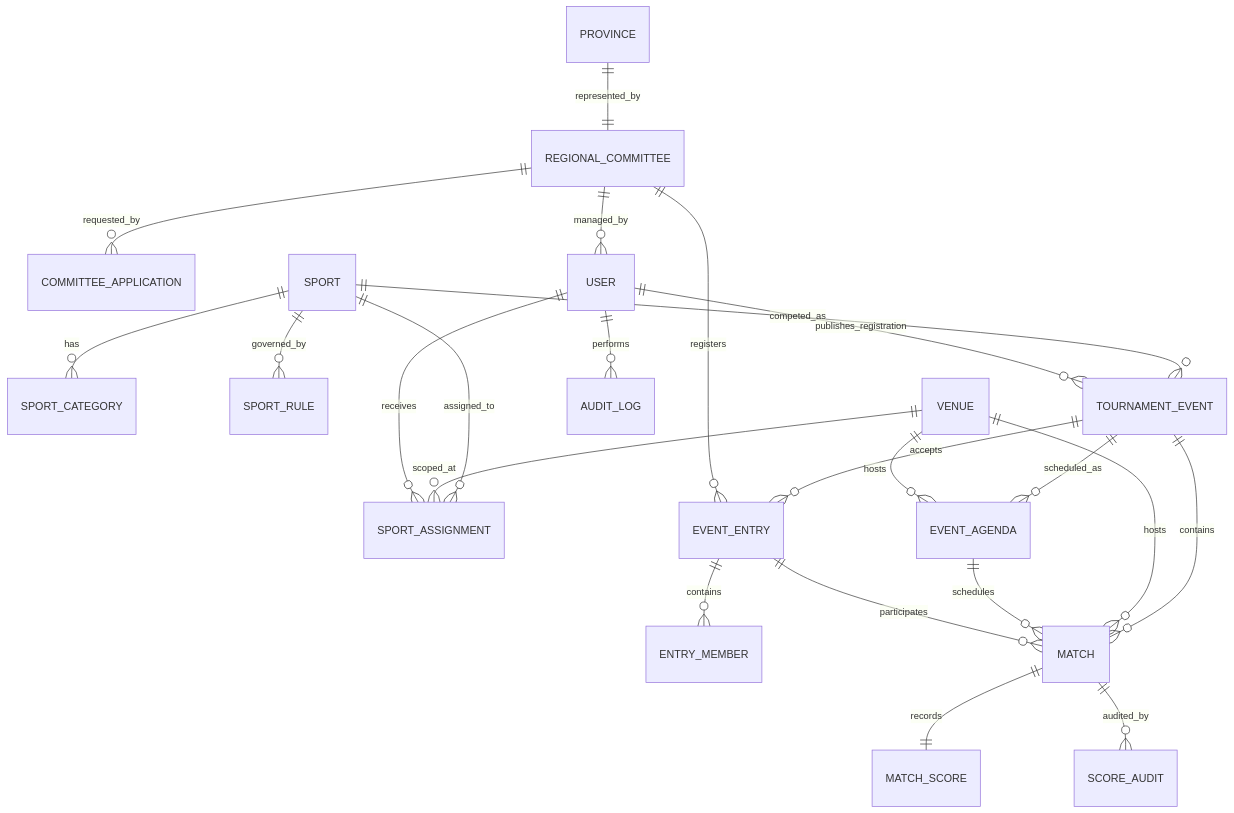
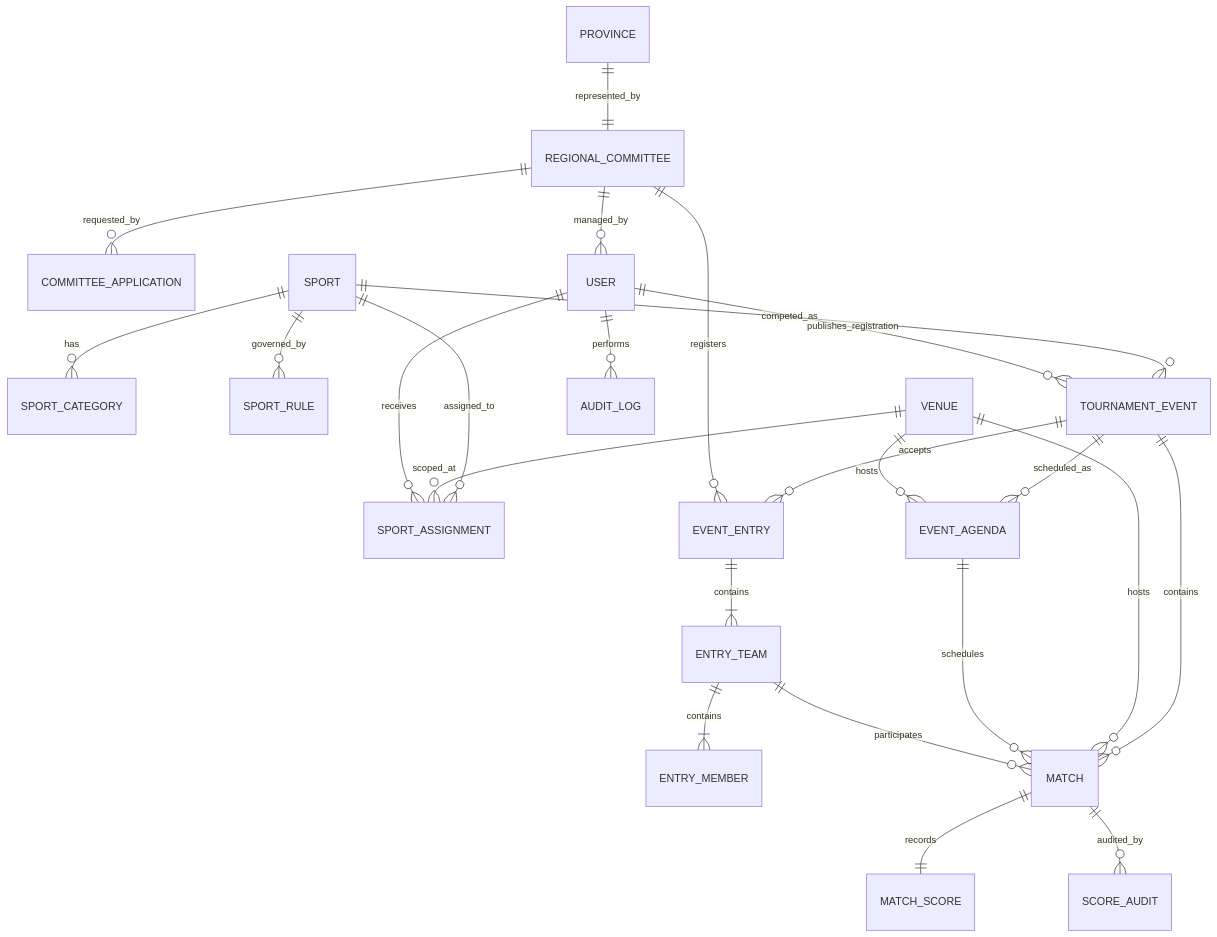
The diagram in docs/02-data/erd.md (henry1224/sport-perpamsi), drawn with Mermaid before and after one commit. The commit also changed other lines of this file and 30 other files, not shown here.

````diff
--- a/docs/02-data/erd.md
+++ b/docs/02-data/erd.md
@@ -3,25 +3,26 @@
 ```mermaid
 erDiagram
     PROVINCE ||--|| REGIONAL_COMMITTEE : represented_by
     REGIONAL_COMMITTEE ||--o{ COMMITTEE_APPLICATION : requested_by
     REGIONAL_COMMITTEE ||--o{ USER : managed_by
     SPORT ||--o{ SPORT_CATEGORY : has
     SPORT ||--o{ SPORT_RULE : governed_by
     SPORT ||--o{ TOURNAMENT_EVENT : competed_as
     USER ||--o{ TOURNAMENT_EVENT : publishes_registration
     SPORT ||--o{ SPORT_ASSIGNMENT : assigned_to
     VENUE ||--o{ SPORT_ASSIGNMENT : scoped_at
     USER ||--o{ SPORT_ASSIGNMENT : receives
     TOURNAMENT_EVENT ||--o{ EVENT_ENTRY : accepts
     REGIONAL_COMMITTEE ||--o{ EVENT_ENTRY : registers
-    EVENT_ENTRY ||--o{ ENTRY_MEMBER : contains
+    EVENT_ENTRY ||--|{ ENTRY_TEAM : contains
+    ENTRY_TEAM ||--|{ ENTRY_MEMBER : contains
     TOURNAMENT_EVENT ||--o{ EVENT_AGENDA : scheduled_as
     VENUE ||--o{ EVENT_AGENDA : hosts
     TOURNAMENT_EVENT ||--o{ MATCH : contains
 VENUE ||--o{ MATCH : hosts
 EVENT_AGENDA ||--o{ MATCH : schedules
-    EVENT_ENTRY ||--o{ MATCH : participates
+    ENTRY_TEAM ||--o{ MATCH : participates
     MATCH ||--|| MATCH_SCORE : records
     MATCH ||--o{ SCORE_AUDIT : audited_by
     USER ||--o{ AUDIT_LOG : performs
 ```
````
